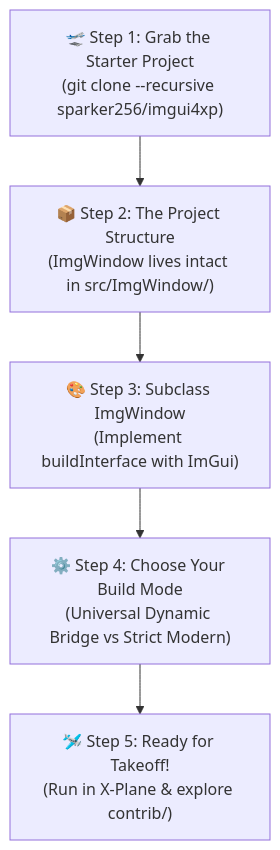
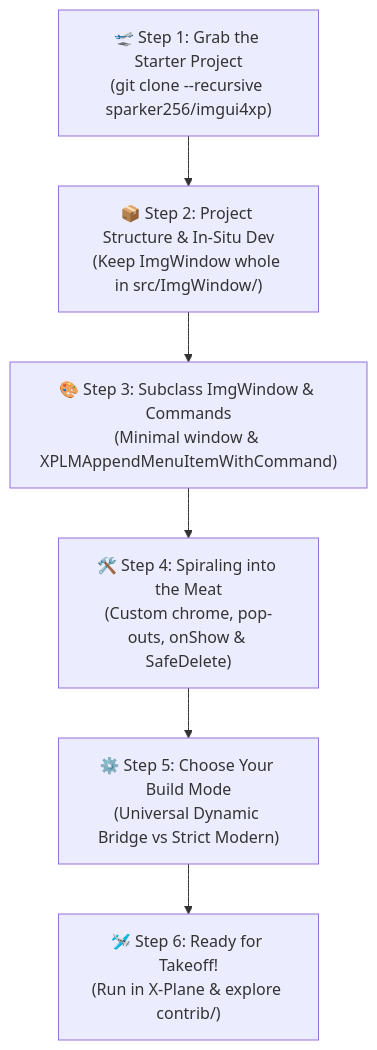
The first of 2 diagrams in docs/how-to/Get-Started-With-ImgWindow.md (slgoldberg/ImgWindow), drawn with Mermaid before and after one commit. The commit also changed other lines of this file, not shown here.

First line of the commit message:
docs: Deepen TripTik 1 with command-first dispatch and custom chrome

````diff
--- a/docs/how-to/Get-Started-With-ImgWindow.md
+++ b/docs/how-to/Get-Started-With-ImgWindow.md
@@ -14,10 +14,11 @@
 ```mermaid
 flowchart TD
     Stop1["🛫 Step 1: Grab the Starter Project\n(git clone --recursive sparker256/imgui4xp)"]
-    Stop2["📦 Step 2: The Project Structure\n(ImgWindow lives intact in src/ImgWindow/)"]
-    Stop3["🎨 Step 3: Subclass ImgWindow\n(Implement buildInterface with ImGui)"]
-    Stop4["⚙️ Step 4: Choose Your Build Mode\n(Universal Dynamic Bridge vs Strict Modern)"]
-    Stop5["🛩️ Step 5: Ready for Takeoff!\n(Run in X-Plane & explore contrib/)"]
+    Stop2["📦 Step 2: Project Structure & In-Situ Dev\n(Keep ImgWindow whole in src/ImgWindow/)"]
+    Stop3["🎨 Step 3: Subclass ImgWindow & Commands\n(Minimal window & XPLMAppendMenuItemWithCommand)"]
+    Stop4["🛠️ Step 4: Spiraling into the Meat\n(Custom chrome, pop-outs, onShow & SafeDelete)"]
+    Stop5["⚙️ Step 5: Choose Your Build Mode\n(Universal Dynamic Bridge vs Strict Modern)"]
+    Stop6["🛩️ Step 6: Ready for Takeoff!\n(Run in X-Plane & explore contrib/)"]
 
-    Stop1 --> Stop2 --> Stop3 --> Stop4 --> Stop5
+    Stop1 --> Stop2 --> Stop3 --> Stop4 --> Stop5 --> Stop6
 ```
````
